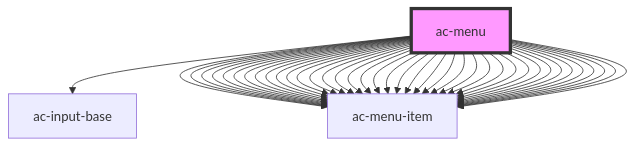
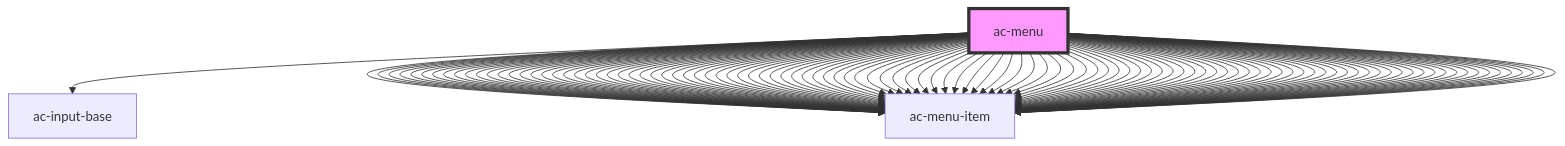
The diagram in src/components/molecules/ac-menu/readme.md (accera-tech/solar-components), drawn with Mermaid before and after one commit. The commit also changed other lines of this file and 4 other files, not shown here.

````diff
--- a/src/components/molecules/ac-menu/readme.md
+++ b/src/components/molecules/ac-menu/readme.md
@@ -109,5 +177,73 @@
   ac-menu --> ac-menu-item
   ac-menu --> ac-menu-item
   ac-menu --> ac-menu-item
+  ac-menu --> ac-menu-item
+  ac-menu --> ac-menu-item
+  ac-menu --> ac-menu-item
+  ac-menu --> ac-menu-item
+  ac-menu --> ac-menu-item
+  ac-menu --> ac-menu-item
+  ac-menu --> ac-menu-item
+  ac-menu --> ac-menu-item
+  ac-menu --> ac-menu-item
+  ac-menu --> ac-menu-item
+  ac-menu --> ac-menu-item
+  ac-menu --> ac-menu-item
+  ac-menu --> ac-menu-item
+  ac-menu --> ac-menu-item
+  ac-menu --> ac-menu-item
+  ac-menu --> ac-menu-item
+  ac-menu --> ac-menu-item
+  ac-menu --> ac-menu-item
+  ac-menu --> ac-menu-item
+  ac-menu --> ac-menu-item
+  ac-menu --> ac-menu-item
+  ac-menu --> ac-menu-item
+  ac-menu --> ac-menu-item
+  ac-menu --> ac-menu-item
+  ac-menu --> ac-menu-item
+  ac-menu --> ac-menu-item
+  ac-menu --> ac-menu-item
+  ac-menu --> ac-menu-item
+  ac-menu --> ac-menu-item
+  ac-menu --> ac-menu-item
+  ac-menu --> ac-menu-item
+  ac-menu --> ac-menu-item
+  ac-menu --> ac-menu-item
+  ac-menu --> ac-menu-item
+  ac-menu --> ac-menu-item
+  ac-menu --> ac-menu-item
+  ac-menu --> ac-menu-item
+  ac-menu --> ac-menu-item
+  ac-menu --> ac-menu-item
+  ac-menu --> ac-menu-item
+  ac-menu --> ac-menu-item
+  ac-menu --> ac-menu-item
+  ac-menu --> ac-menu-item
+  ac-menu --> ac-menu-item
+  ac-menu --> ac-menu-item
+  ac-menu --> ac-menu-item
+  ac-menu --> ac-menu-item
+  ac-menu --> ac-menu-item
+  ac-menu --> ac-menu-item
+  ac-menu --> ac-menu-item
+  ac-menu --> ac-menu-item
+  ac-menu --> ac-menu-item
+  ac-menu --> ac-menu-item
+  ac-menu --> ac-menu-item
+  ac-menu --> ac-menu-item
+  ac-menu --> ac-menu-item
+  ac-menu --> ac-menu-item
+  ac-menu --> ac-menu-item
+  ac-menu --> ac-menu-item
+  ac-menu --> ac-menu-item
+  ac-menu --> ac-menu-item
+  ac-menu --> ac-menu-item
+  ac-menu --> ac-menu-item
+  ac-menu --> ac-menu-item
+  ac-menu --> ac-menu-item
+  ac-menu --> ac-menu-item
+  ac-menu --> ac-menu-item
+  ac-menu --> ac-menu-item
   style ac-menu fill:#f9f,stroke:#333,stroke-width:4px
 ```
````
